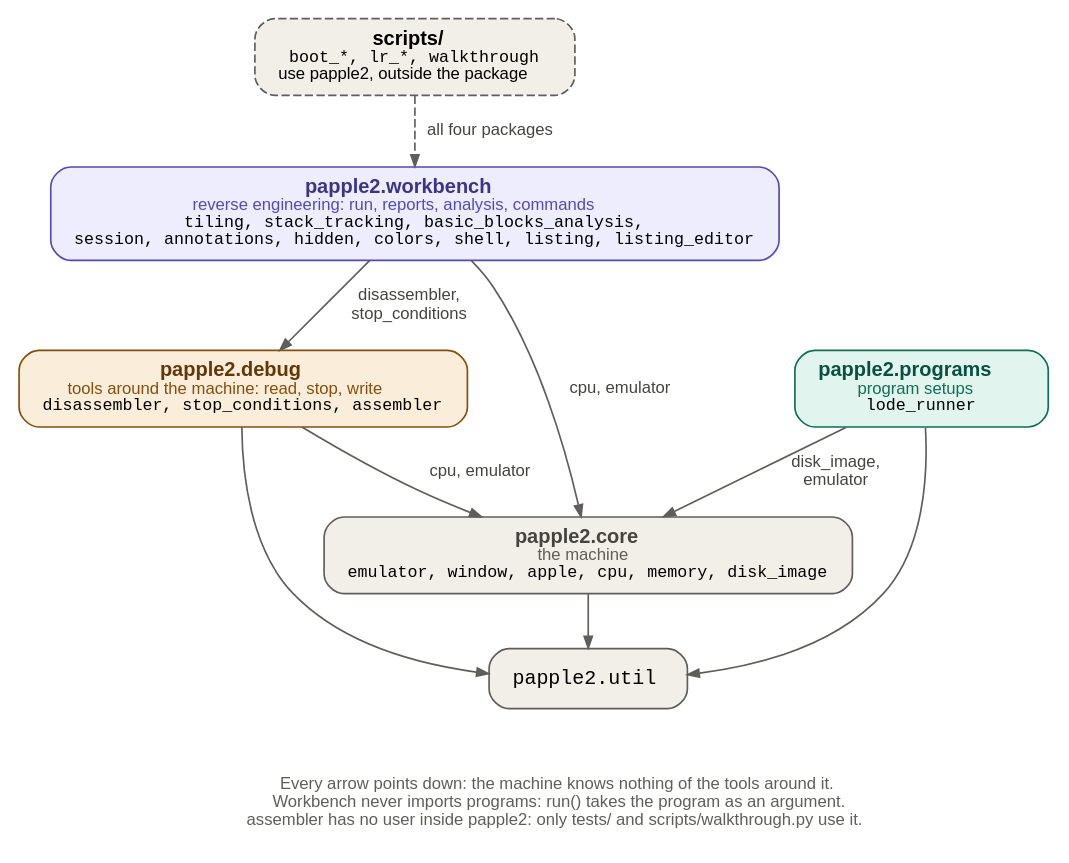
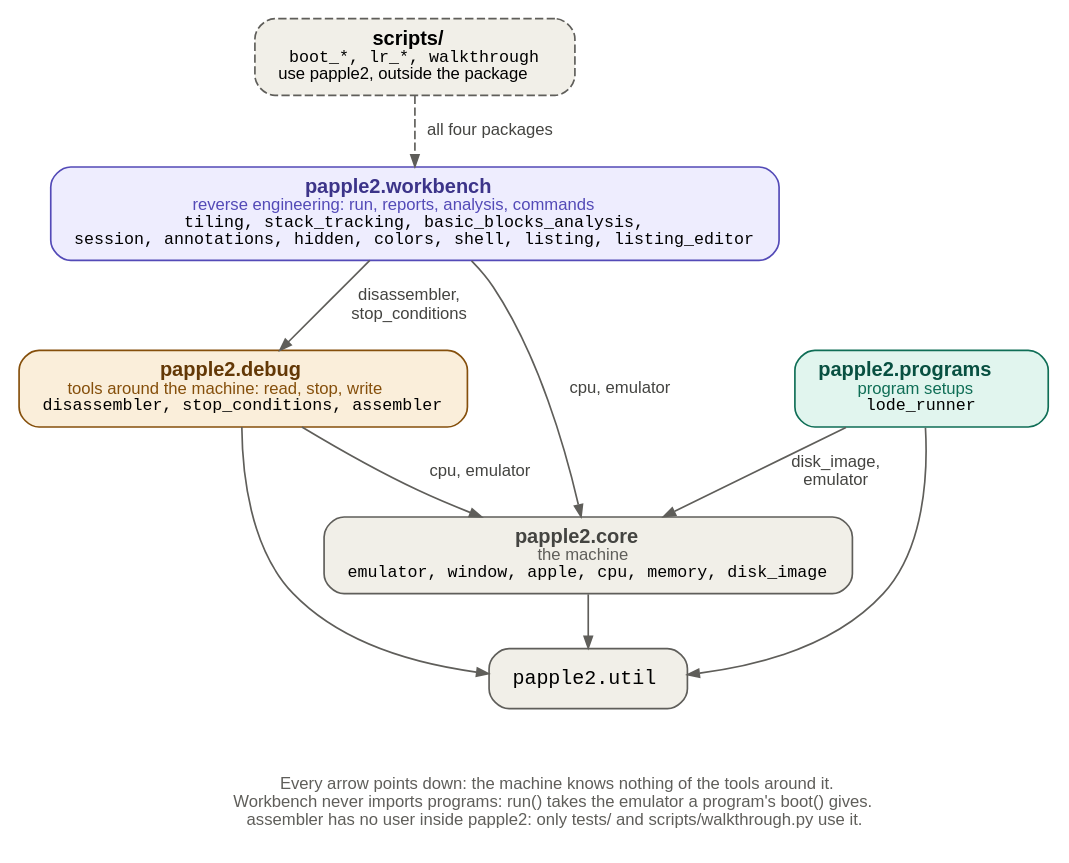
Before and after one commit to fschuhi/papple2: the diagram in docs/diagrams/packages.dot, drawn with Graphviz. The commit also changed 19 other files, not shown here.

```diff
--- a/docs/diagrams/packages.dot
+++ b/docs/diagrams/packages.dot
@@ -1,45 +1,45 @@
 // Overview: the four packages of papple2 and who imports whom.
 // The insides of workbench and core are in workbench.dot and core.dot.
 //
 // An arrow points from the package that imports to the package imported,
 // labelled with the modules imported. Rendered by `make presentation`.
 
 digraph packages {
     rankdir=TB;
     newrank=true;
     size="13.3,7.5";
     nodesep=0.5;
     ranksep=0.45;
     bgcolor="white";
     fontname="Helvetica";
     node [shape=box, style="rounded,filled", fontname="Helvetica", fontsize=12,
           color="#5F5E5A", penwidth=1, margin="0.2,0.1"];
     edge [color="#5F5E5A", fontname="Helvetica", fontsize=10, fontcolor="#444441",
           arrowsize=0.7];
 
     scripts [style="rounded,filled,dashed", fillcolor="#F1EFE8", label=<<B>scripts/</B><BR/><FONT POINT-SIZE="10" FACE="monospace">boot_*, lr_*, walkthrough</FONT><BR/><FONT POINT-SIZE="10">use papple2, outside the package</FONT>>];
 
     workbench [fillcolor="#EEEDFE", color="#534AB7", label=<<FONT COLOR="#3C3489"><B>papple2.workbench</B></FONT><BR/><FONT POINT-SIZE="10" COLOR="#534AB7">reverse engineering: run, reports, analysis, commands</FONT><BR/><FONT POINT-SIZE="10" FACE="monospace">tiling, stack_tracking, basic_blocks_analysis,<BR/>session, annotations, hidden, colors, shell, listing, listing_editor</FONT>>];
 
     debug [fillcolor="#FAEEDA", color="#854F0B", label=<<FONT COLOR="#633806"><B>papple2.debug</B></FONT><BR/><FONT POINT-SIZE="10" COLOR="#854F0B">tools around the machine: read, stop, write</FONT><BR/><FONT POINT-SIZE="10" FACE="monospace">disassembler, stop_conditions, assembler</FONT>>];
 
     programs [fillcolor="#E1F5EE", color="#0F6E56", label=<<FONT COLOR="#085041"><B>papple2.programs</B></FONT><BR/><FONT POINT-SIZE="10" COLOR="#0F6E56">program setups</FONT><BR/><FONT POINT-SIZE="10" FACE="monospace">lode_runner</FONT>>];
 
     core [fillcolor="#F1EFE8", color="#5F5E5A", label=<<FONT COLOR="#444441"><B>papple2.core</B></FONT><BR/><FONT POINT-SIZE="10" COLOR="#5F5E5A">the machine</FONT><BR/><FONT POINT-SIZE="10" FACE="monospace">emulator, window, apple, cpu, memory, disk_image</FONT>>];
 
     util [fillcolor="#F1EFE8", label=<<FONT FACE="monospace">papple2.util</FONT>>];
 
     { rank=same; debug; programs; }
 
     scripts -> workbench [style=dashed, label=" all four packages "];
     workbench -> debug [label=" disassembler,\n stop_conditions "];
     workbench -> core [label=" cpu, emulator "];
     debug -> core [label=" cpu, emulator "];
     programs -> core [label=" disk_image,\n emulator "];
     core -> util;
     debug -> util;
     programs -> util;
 
-    note [shape=plaintext, style="", fontsize=10, fontcolor="#5F5E5A", label=<Every arrow points down: the machine knows nothing of the tools around it.<BR/>Workbench never imports programs: run() takes the program as an argument.<BR/>assembler has no user inside papple2: only tests/ and scripts/walkthrough.py use it.>];
+    note [shape=plaintext, style="", fontsize=10, fontcolor="#5F5E5A", label=<Every arrow points down: the machine knows nothing of the tools around it.<BR/>Workbench never imports programs: run() takes the emulator a program's boot() gives.<BR/>assembler has no user inside papple2: only tests/ and scripts/walkthrough.py use it.>];
     util -> note [style=invis];
 }
```
